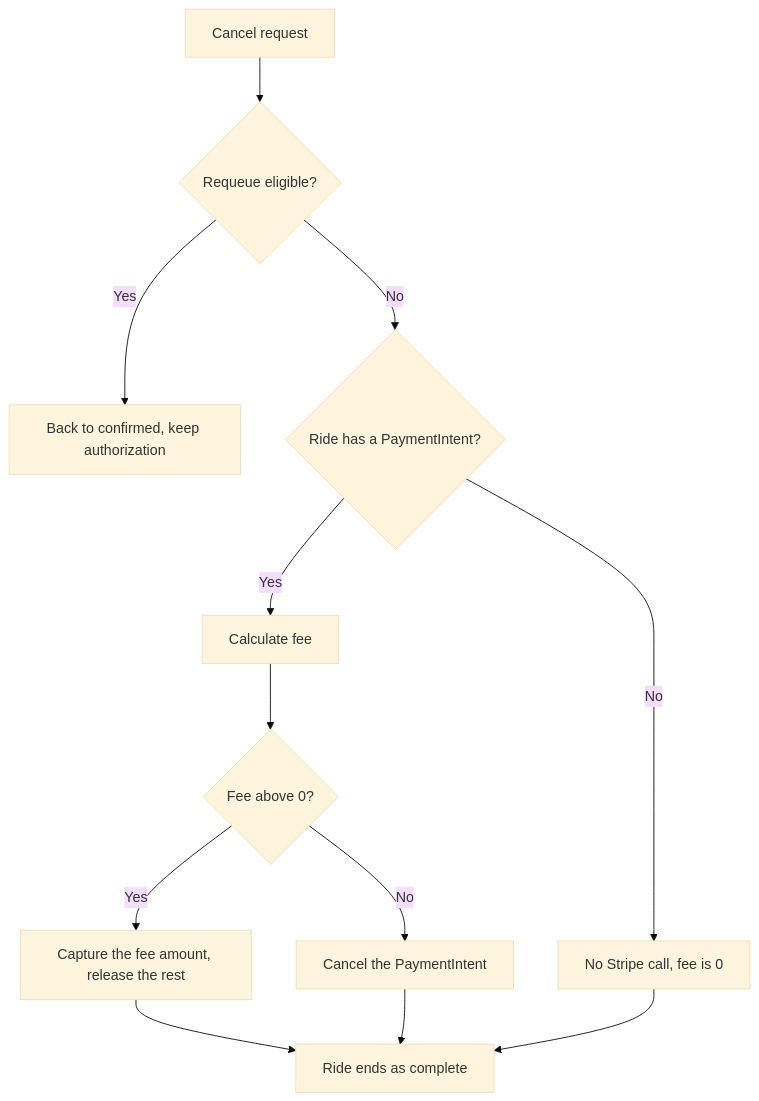
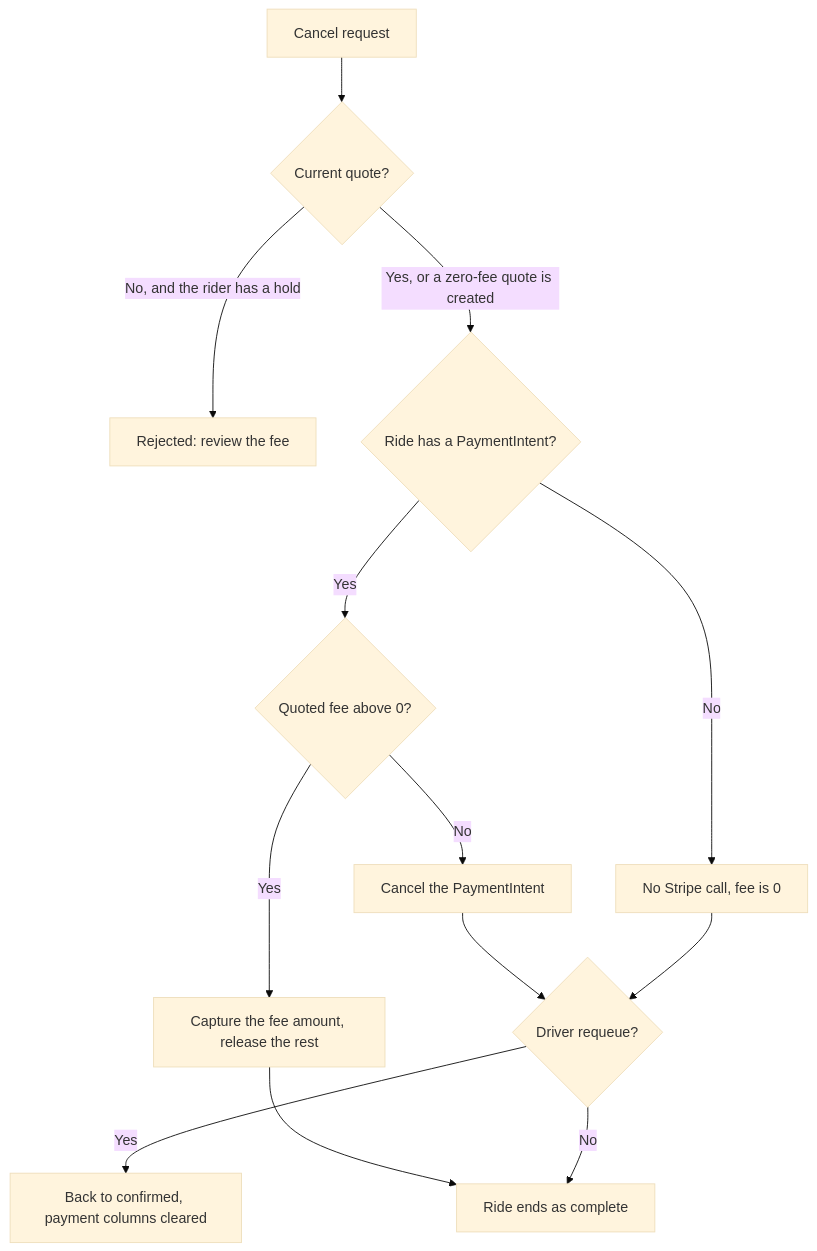
One commit to rideyelo/docs changed the diagram in concepts/cancellations.mdx. Above: the diagram before and after it, drawn with Mermaid (base theme). The commit also changed other lines of this file and 18 other files, not shown here.

````diff
--- a/concepts/cancellations.mdx
+++ b/concepts/cancellations.mdx
@@ -68,14 +66,15 @@
 ```mermaid
 flowchart TD
-    A[Cancel request] --> B{Requeue eligible?}
-    B -- Yes --> R[Back to confirmed, keep authorization]
-    B -- No --> C{Ride has a PaymentIntent?}
+    A[Cancel request] --> Q{Current quote?}
+    Q -- No, and the rider has a hold --> X[Rejected: review the fee]
+    Q -- Yes, or a zero-fee quote is created --> C{Ride has a PaymentIntent?}
     C -- No --> Z[No Stripe call, fee is 0]
-    C -- Yes --> D[Calculate fee]
-    D --> E{Fee above 0?}
+    C -- Yes --> E{Quoted fee above 0?}
     E -- Yes --> F[Capture the fee amount, release the rest]
     E -- No --> G[Cancel the PaymentIntent]
     F --> H[Ride ends as complete]
-    G --> H
-    Z --> H
+    G --> B{Driver requeue?}
+    Z --> B
+    B -- Yes --> R[Back to confirmed, payment columns cleared]
+    B -- No --> H
 ```
````
